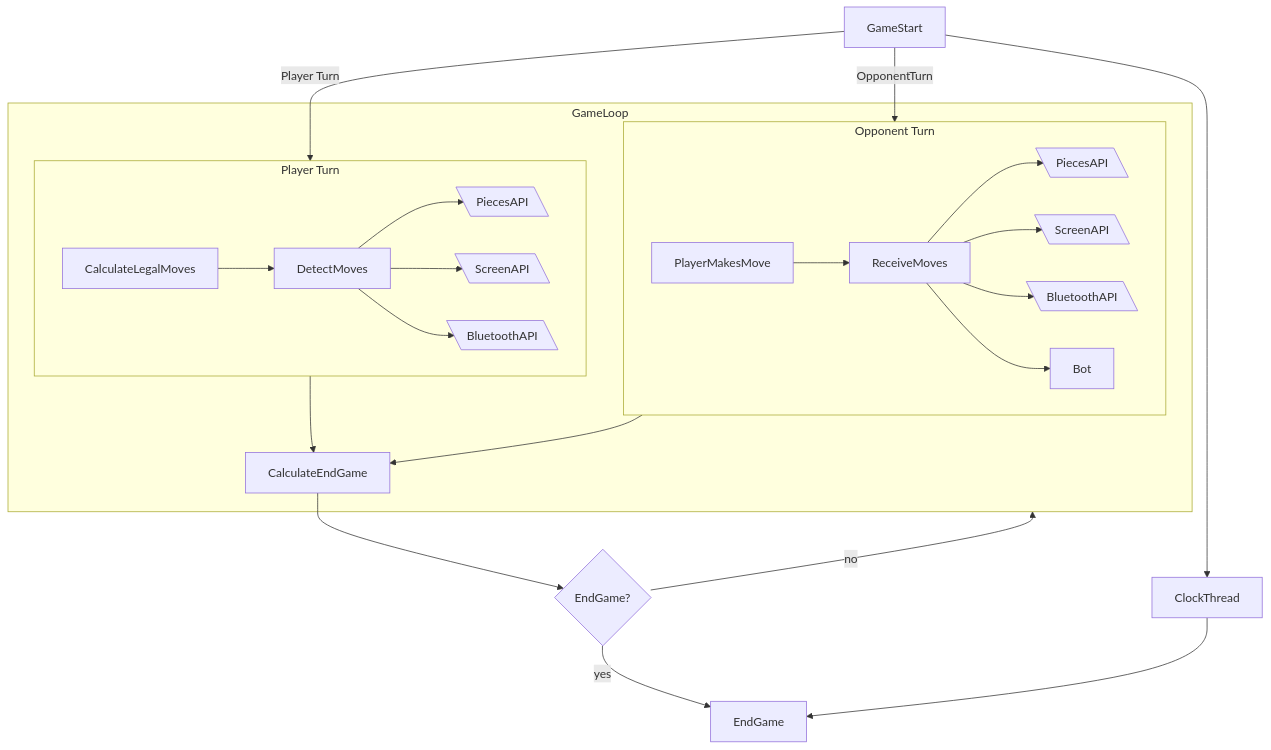
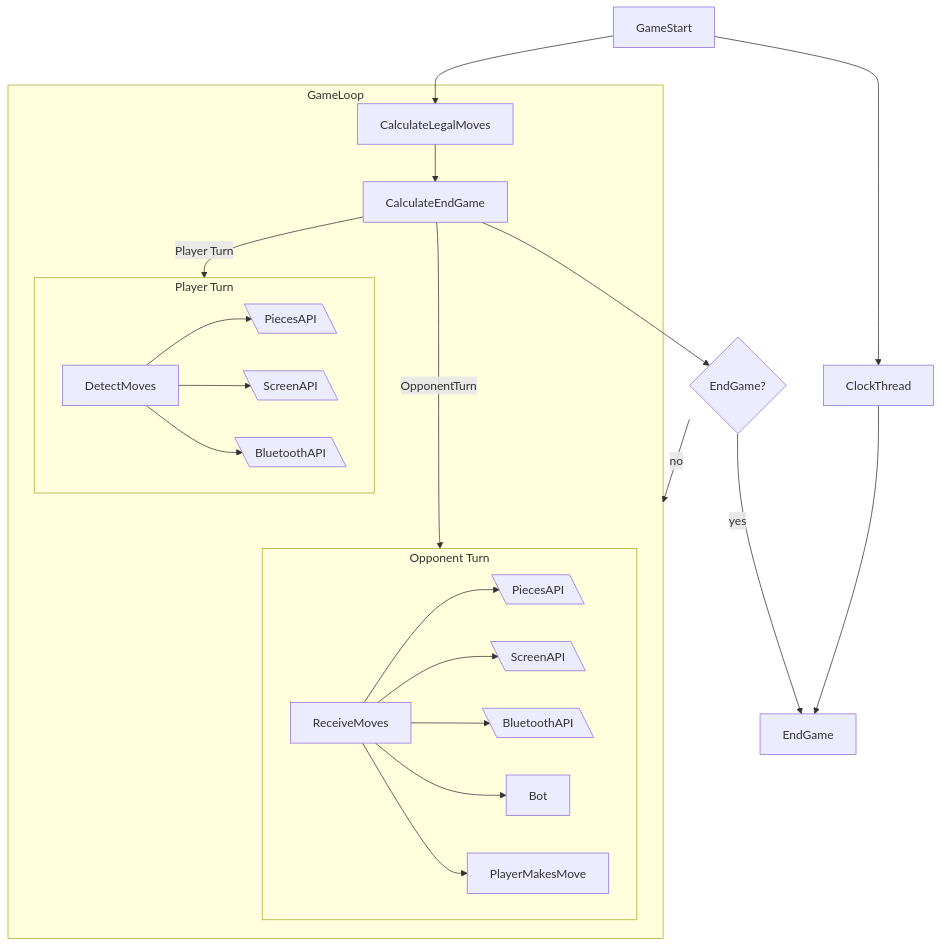
The diagram in docs/game.md (Interactive-Chessboard/ICB-Embedded), drawn with Mermaid before and after one commit. The commit also changed 12 other files, not shown here.

````diff
--- a/docs/game.md
+++ b/docs/game.md
@@ -1,40 +1,39 @@
 ```mermaid
 ---
 config:
   layout: dagre
 ---
 flowchart TD
  subgraph GameLoop["GameLoop"]
+        CalculateLegalMoves["CalculateLegalMoves"]
         PlayerTurn["PlayerTurn"]
         OpponentTurn["OpponentTurn"]
         CalculateEndGame["CalculateEndGame"]
   end
  subgraph PlayerTurn["Player Turn"]
         DetectMoves["DetectMoves"]
-        CalculateLegalMoves["CalculateLegalMoves"]
         Pieces[\"PiecesAPI"\]
         Lights[\"ScreenAPI"\]
         Bluetooth[\"BluetoothAPI"\]
   end
  subgraph OpponentTurn["Opponent Turn"]
         ReceiveMoves["ReceiveMoves"]
         PlayerMakesMove["PlayerMakesMove"]
         Pieces2[\"PiecesAPI"\]
         Lights2[\"ScreenAPI"\]
         Bluetooth2[\"BluetoothAPI"\]
         Bot["Bot"]
   end
-    CalculateLegalMoves --> DetectMoves
     DetectMoves --> Pieces & Lights & Bluetooth
-    PlayerMakesMove --> ReceiveMoves
     ReceiveMoves --> Pieces2 & Lights2 & Bluetooth2 & Bot
-    GameStart["GameStart"] -- Player Turn --> PlayerTurn
+    ReceiveMoves --> PlayerMakesMove
     GameStart --> ClockThread["ClockThread"]
-    GameStart -- OpponentTurn --> OpponentTurn
-    PlayerTurn --> CalculateEndGame
-    OpponentTurn --> CalculateEndGame
+    GameStart["GameStart"] --> CalculateLegalMoves
+    CalculateLegalMoves --> CalculateEndGame
+    CalculateEndGame -- Player Turn --> PlayerTurn  
+    CalculateEndGame -- OpponentTurn --> OpponentTurn 
     CalculateEndGame --> EndGameQ{"EndGame?"}
     EndGameQ -- yes --> EndGame["EndGame"]
     EndGameQ -- no --> GameLoop
     ClockThread --> EndGame
 ```
````
